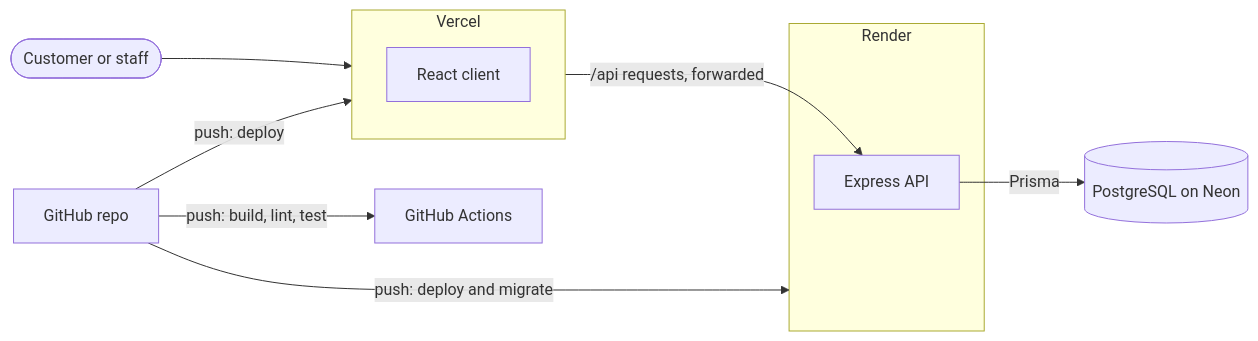
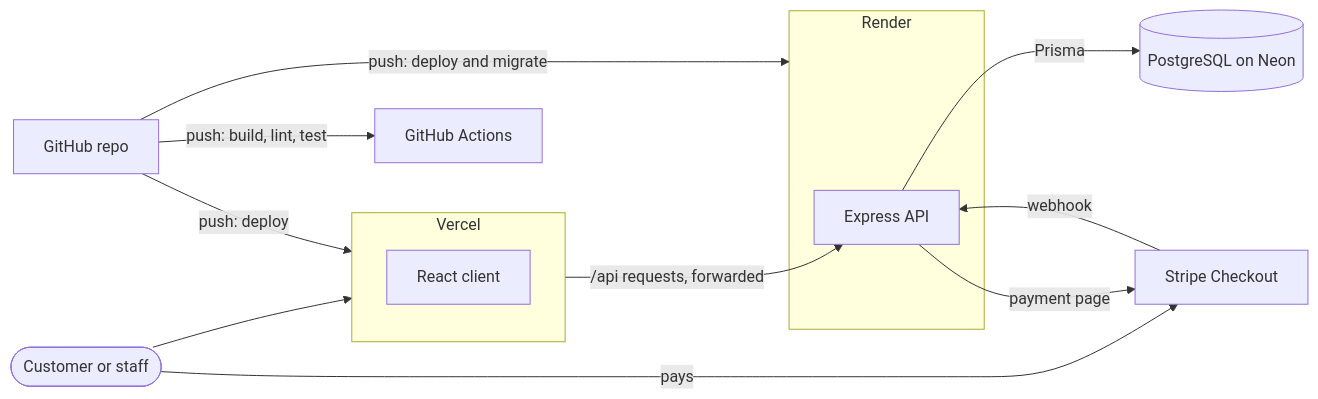
Before and after one commit to NataliyaBenova-Walsh/bageti: the diagram in README.md, drawn with Mermaid. The commit also changed other lines of this file and 20 other files, not shown here.

First line of the commit message:
Add card payments with Stripe Checkout, and clearer checkout errors

````diff
--- a/README.md
+++ b/README.md
@@ -59,15 +61,18 @@
 ```mermaid
 flowchart LR
     user([Customer or staff]) --> vercel
     subgraph vercel [Vercel]
         client[React client]
     end
     subgraph render [Render]
         api[Express API]
     end
     vercel -- "/api requests, forwarded" --> api
     api -- Prisma --> db[(PostgreSQL on Neon)]
+    user -- pays --> stripe[Stripe Checkout]
+    api -- "payment page" --> stripe
+    stripe -- webhook --> api
     github[GitHub repo] -- "push: deploy" --> vercel
     github -- "push: deploy and migrate" --> render
     github -- "push: build, lint, test" --> ci[GitHub Actions]
 ```
````
